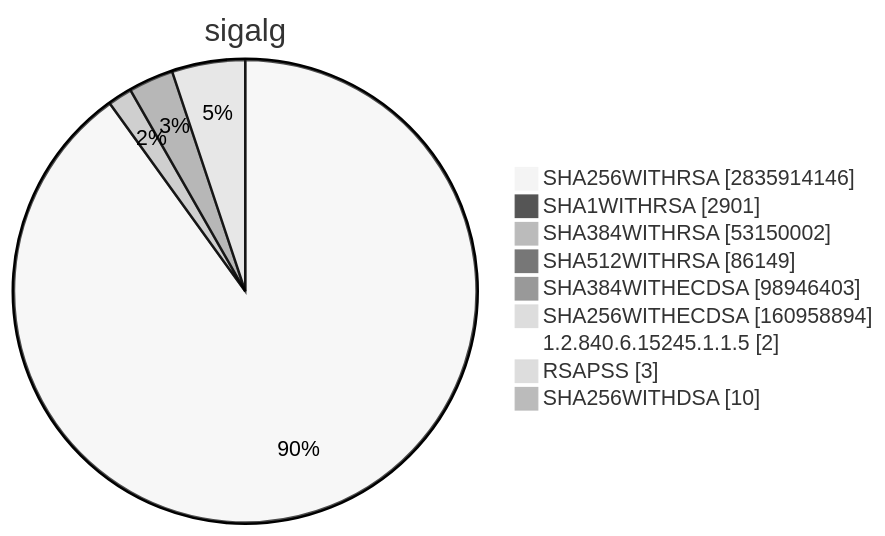
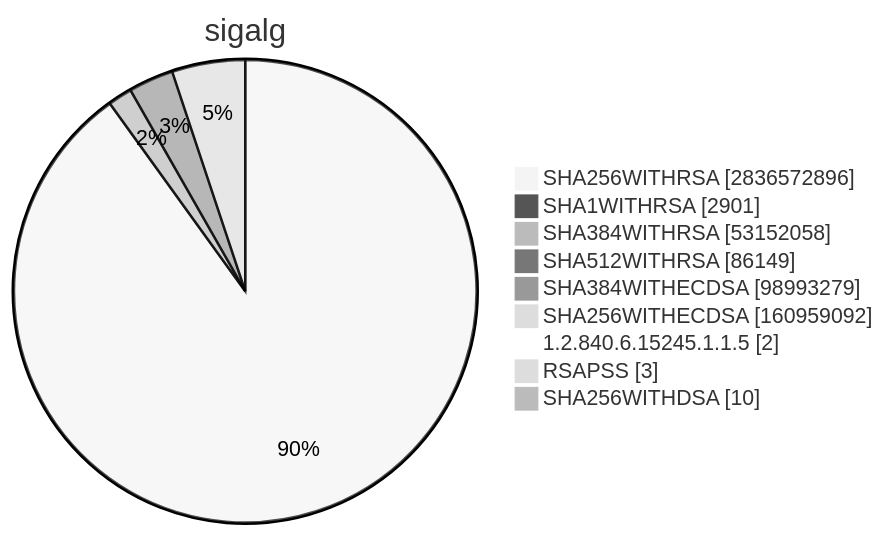
Before and after one commit to christiankrug/ctmonitor_visualization: diagram 15 of 15 in TOTAL/README.md, drawn with Mermaid (neutral theme). The commit also changed other lines of this file, not shown here.

````diff
--- a/TOTAL/README.md
+++ b/TOTAL/README.md
@@ -6207,13 +6207,13 @@
 ```mermaid
 pie showData
 title sigalg
-"SHA256WITHRSA" :2835914146
+"SHA256WITHRSA" :2836572896
 "SHA1WITHRSA" :2901
-"SHA384WITHRSA" :53150002
+"SHA384WITHRSA" :53152058
 "SHA512WITHRSA" :86149
-"SHA384WITHECDSA" :98946403
-"SHA256WITHECDSA" :160958894
+"SHA384WITHECDSA" :98993279
+"SHA256WITHECDSA" :160959092
 "1.2.840.6.15245.1.1.5" :2
 "RSAPSS" :3
 "SHA256WITHDSA" :10
 ```
````
